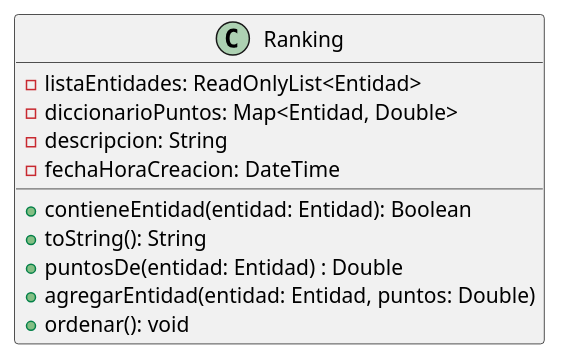
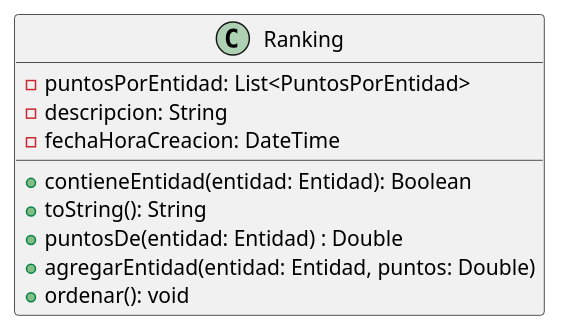
The diagram in DC/E3/rankings/Ranking.puml (mbertogliati/dds-tpa), drawn with PlantUML before and after one commit. The commit also changed 21 other files, not shown here.

Commit message:
Refactor de Rankings, ahora tenemos un value object PuntosPorEntidad

```diff
--- a/DC/E3/rankings/Ranking.puml
+++ b/DC/E3/rankings/Ranking.puml
@@ -1,17 +1,16 @@
 @startuml
 'https://plantuml.com/class-diagram
 
 class Ranking{
- - listaEntidades: ReadOnlyList<Entidad>
- - diccionarioPuntos: Map<Entidad, Double>
+ - puntosPorEntidad: List<PuntosPorEntidad>
  - descripcion: String
  - fechaHoraCreacion: DateTime
 
  + contieneEntidad(entidad: Entidad): Boolean
  + toString(): String
  + puntosDe(entidad: Entidad) : Double
  + agregarEntidad(entidad: Entidad, puntos: Double)
  + ordenar(): void
 }
 
 @enduml
```
